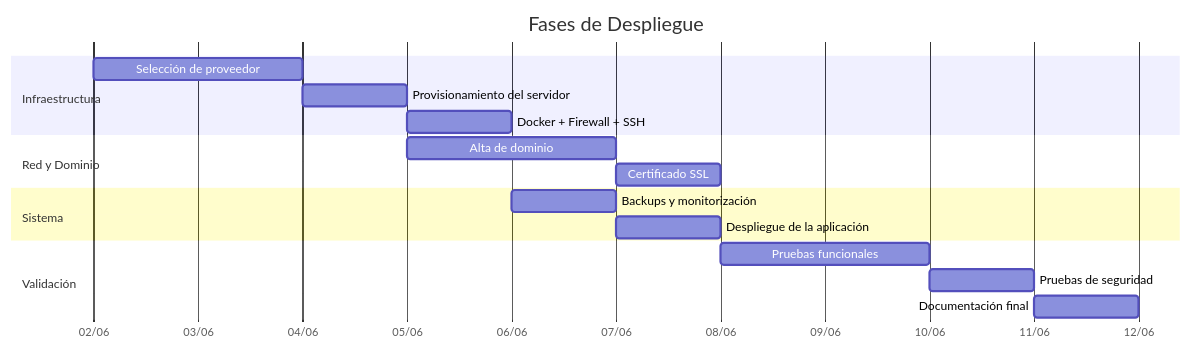
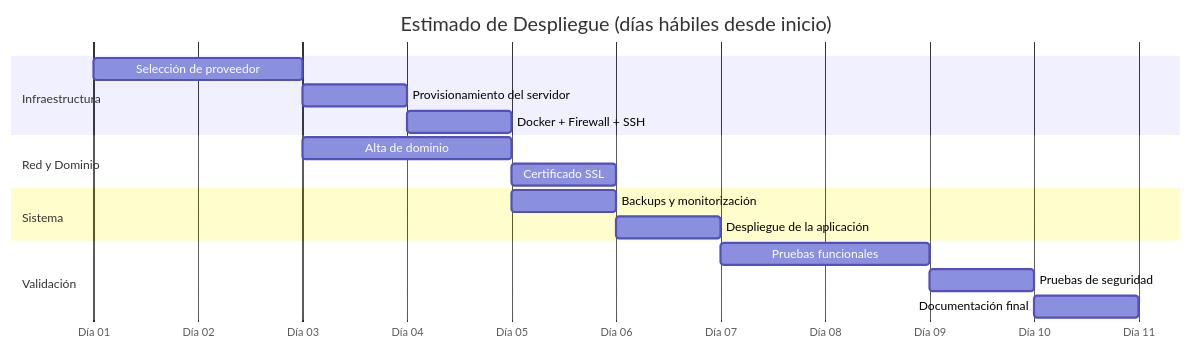
Before and after one commit to CosmeSoto/Tickets: the eighth of 8 diagrams in docs/ALCANCE_DEL_PROYECTO.md, drawn with Mermaid. The commit also changed other lines of this file, not shown here.

````diff
--- a/docs/ALCANCE_DEL_PROYECTO.md
+++ b/docs/ALCANCE_DEL_PROYECTO.md
@@ -405,24 +482,24 @@
 ```mermaid
 gantt
-    title Fases de Despliegue
-    dateFormat  YYYY-MM-DD
-    axisFormat  %d/%m
+    title Estimado de Despliegue (días hábiles desde inicio)
+    dateFormat  D
+    axisFormat  Día %d
 
     section Infraestructura
-    Selección de proveedor        :a1, 2026-06-02, 2d
+    Selección de proveedor        :a1, 1, 2d
     Provisionamiento del servidor :a2, after a1, 1d
     Docker + Firewall + SSH       :a3, after a2, 1d
 
     section Red y Dominio
-    Alta de dominio               :b1, after a2, 2d
+    Alta de dominio               :b1, after a1, 2d
     Certificado SSL               :b2, after b1, 1d
 
     section Sistema
     Backups y monitorización      :c1, after a3, 1d
     Despliegue de la aplicación   :c2, after c1, 1d
 
     section Validación
     Pruebas funcionales           :d1, after c2, 2d
     Pruebas de seguridad          :d2, after d1, 1d
     Documentación final           :d3, after d2, 1d
 ```
````
